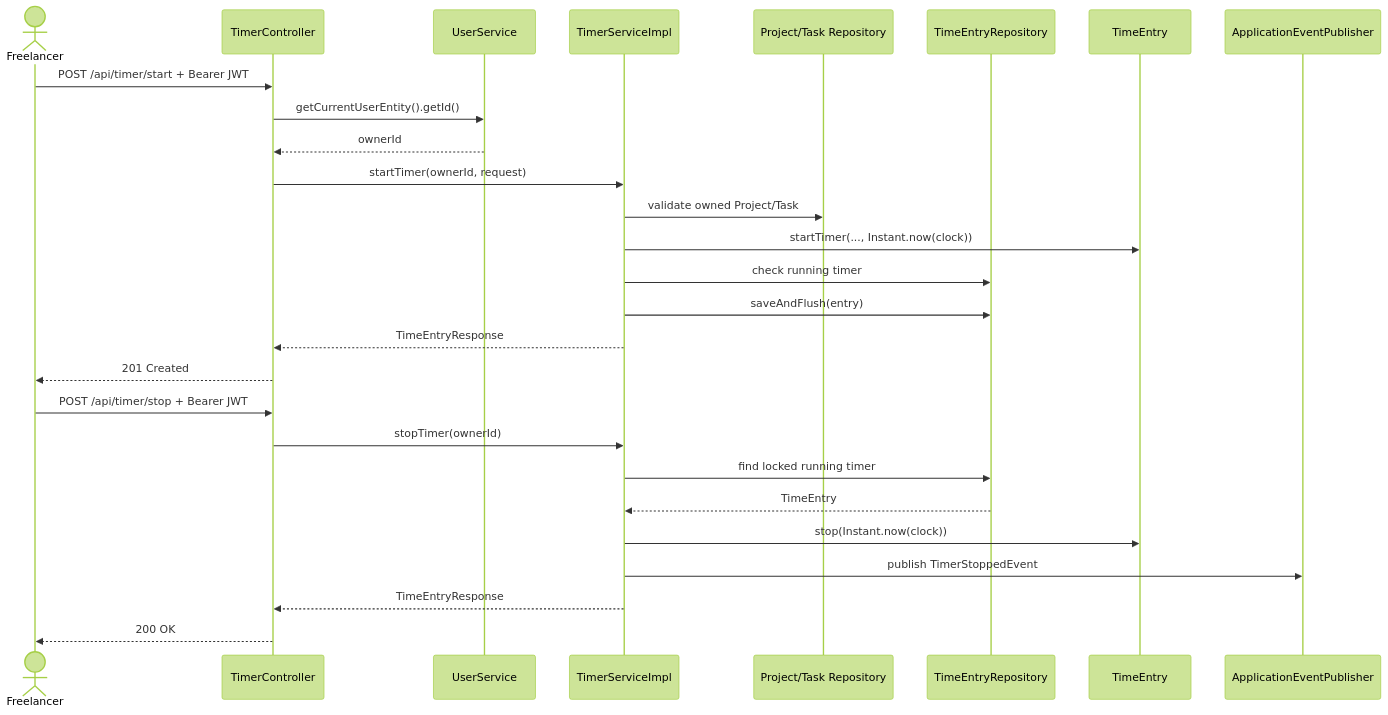
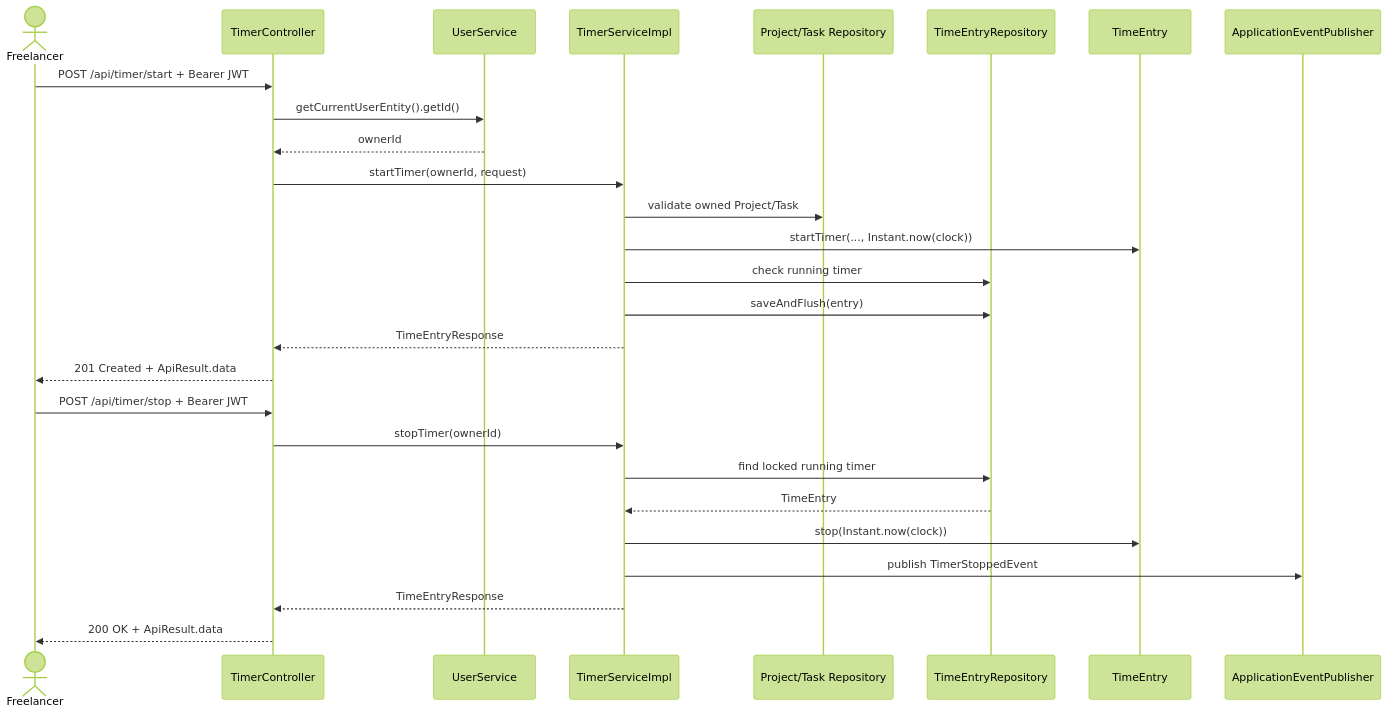
One commit to lillianxhub/freelance-hub changed the diagram in doc/V1/USECASE/kompat-usecase.md. Above: the diagram before and after it, drawn with Mermaid (forest theme). The commit also changed other lines of this file and 1 other file, not shown here.

Commit message:
doc: update use case and SOLID documentation for time tracking API endpoints and responses

````diff
--- a/doc/V1/USECASE/kompat-usecase.md
+++ b/doc/V1/USECASE/kompat-usecase.md
@@ -126,31 +138,31 @@
 ```mermaid
 sequenceDiagram
     actor F as Freelancer
     participant C as TimerController
     participant U as UserService
     participant S as TimerServiceImpl
     participant P as Project/Task Repository
     participant R as TimeEntryRepository
     participant E as TimeEntry
     participant B as ApplicationEventPublisher
 
     F->>C: POST /api/timer/start + Bearer JWT
     C->>U: getCurrentUserEntity().getId()
     U-->>C: ownerId
     C->>S: startTimer(ownerId, request)
     S->>P: validate owned Project/Task
     S->>E: startTimer(..., Instant.now(clock))
     S->>R: check running timer
     S->>R: saveAndFlush(entry)
     S-->>C: TimeEntryResponse
-    C-->>F: 201 Created
+    C-->>F: 201 Created + ApiResult.data
 
     F->>C: POST /api/timer/stop + Bearer JWT
     C->>S: stopTimer(ownerId)
     S->>R: find locked running timer
     R-->>S: TimeEntry
     S->>E: stop(Instant.now(clock))
     S->>B: publish TimerStoppedEvent
     S-->>C: TimeEntryResponse
-    C-->>F: 200 OK
+    C-->>F: 200 OK + ApiResult.data
 ```
````
